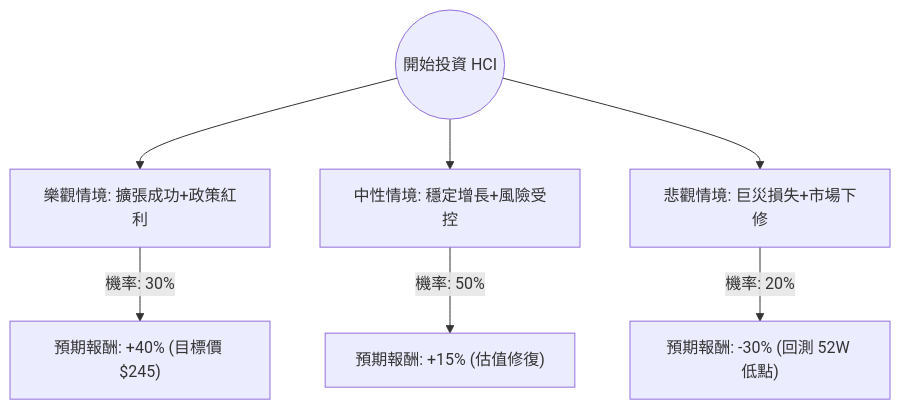
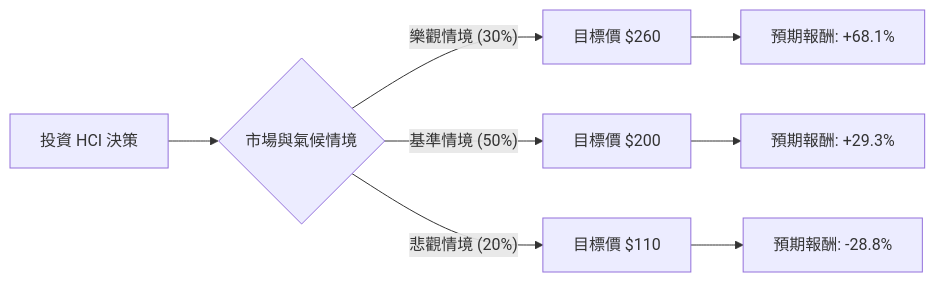
Before and after one commit to zmcx16/zmcx16.github.io: the diagram in plugin-react/ai-analysis/ev-analysis/HCI.md, drawn with Mermaid. The commit also changed other lines of this file and 70 other files, not shown here.

````diff
--- a/plugin-react/ai-analysis/ev-analysis/HCI.md
+++ b/plugin-react/ai-analysis/ev-analysis/HCI.md
@@ -19,10 +18,12 @@
 ```mermaid
-graph TD
-    Start((開始投資 HCI)) --> Bull[樂觀情境: 擴張成功+政策紅利]
-    Start --> Base[中性情境: 穩定增長+風險受控]
-    Start --> Bear[悲觀情境: 巨災損失+市場下修]
+graph LR
+    A[投資 HCI 決策] --> B{市場與氣候情境}
+    
+    B -- 樂觀情境 (30%) --> C[目標價 $260]
+    B -- 基準情境 (50%) --> D[目標價 $200]
+    B -- 悲觀情境 (20%) --> E[目標價 $110]
 
-    Bull -- "機率: 30%" --> BullVal["預期報酬: +40% (目標價 $245)"]
-    Base -- "機率: 50%" --> BaseVal["預期報酬: +15% (估值修復)"]
-    Bear -- "機率: 20%" --> BearVal["預期報酬: -30% (回測 52W 低點)"]
+    C --> C1[預期報酬: +68.1%]
+    D --> D1[預期報酬: +29.3%]
+    E --> E1[預期報酬: -28.8%]
 ```
````
